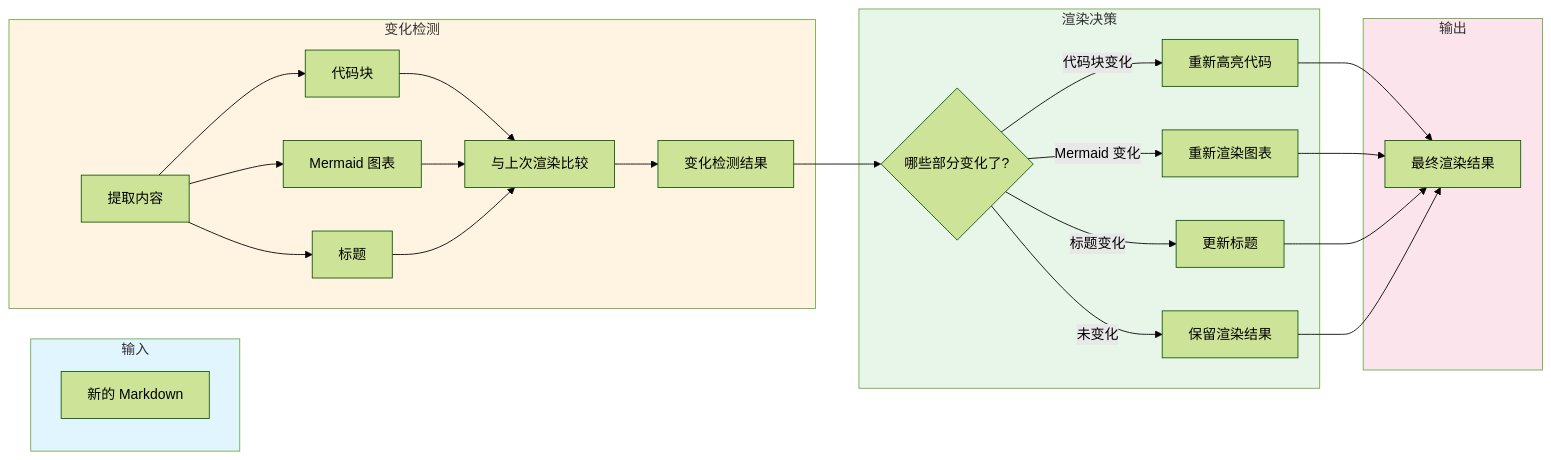
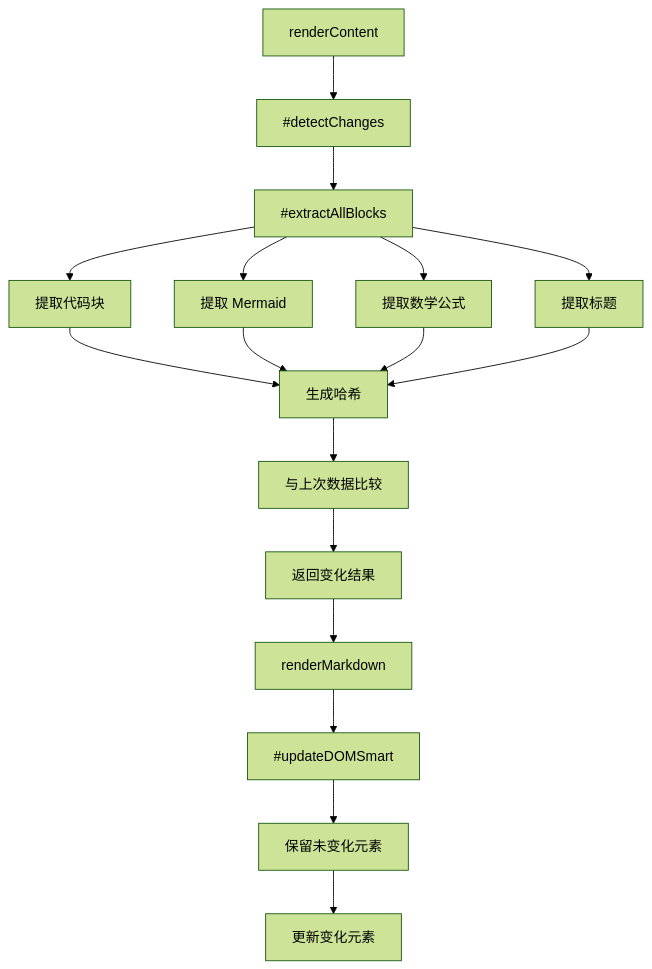
Before and after one commit to ZCShou/markdown: the fifth of 9 diagrams in docs/preview.md, drawn with Mermaid (forest theme). The commit also changed other lines of this file and 1 other file, not shown here.

Commit message:
docs: refine architecture and preview documentation with persistence and rendering details

````diff
--- a/docs/preview.md
+++ b/docs/preview.md
@@ -438,39 +395,22 @@
 ```mermaid
-flowchart LR
-    subgraph Input ["输入"]
-        NewMarkdown[新的 Markdown]
-    end
-
-    subgraph Detect ["变化检测"]
-        Extract[提取内容]
-        Extract --> Code[代码块]
-        Extract --> Mermaid[Mermaid 图表]
-        Extract --> Heading[标题]
-        
-        Code --> Compare[与上次渲染比较]
-        Mermaid --> Compare
-        Heading --> Compare
-        
-        Compare --> Changes[变化检测结果]
-    end
-
-    subgraph Render ["渲染决策"]
-        Changes --> Decision{哪些部分变化了?}
-        Decision --> |代码块变化| RenderCode[重新高亮代码]
-        Decision --> |Mermaid 变化| RenderMermaid[重新渲染图表]
-        Decision --> |标题变化| UpdateHeading[更新标题]
-        Decision --> |未变化| Preserve[保留渲染结果]
-    end
-
-    subgraph Output ["输出"]
-        RenderCode --> Final[最终渲染结果]
-        RenderMermaid --> Final
-        UpdateHeading --> Final
-        Preserve --> Final
-    end
-
-    style Input fill:#e1f5ff
-    style Detect fill:#fff4e1
-    style Render fill:#e8f5e9
-    style Output fill:#fce4ec
+graph TD
+    A[renderContent] --> B[#detectChanges]
+    B --> C[#extractAllBlocks]
+    C --> D[提取代码块]
+    C --> E[提取 Mermaid]
+    C --> F[提取数学公式]
+    C --> G[提取标题]
+    
+    D --> H[生成哈希]
+    E --> H
+    F --> H
+    G --> H
+    
+    H --> I[与上次数据比较]
+    I --> J[返回变化结果]
+    
+    J --> K[renderMarkdown]
+    K --> L[#updateDOMSmart]
+    L --> M[保留未变化元素]
+    M --> N[更新变化元素]
 ```
````
